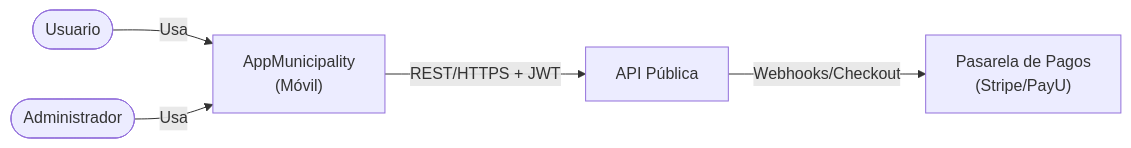
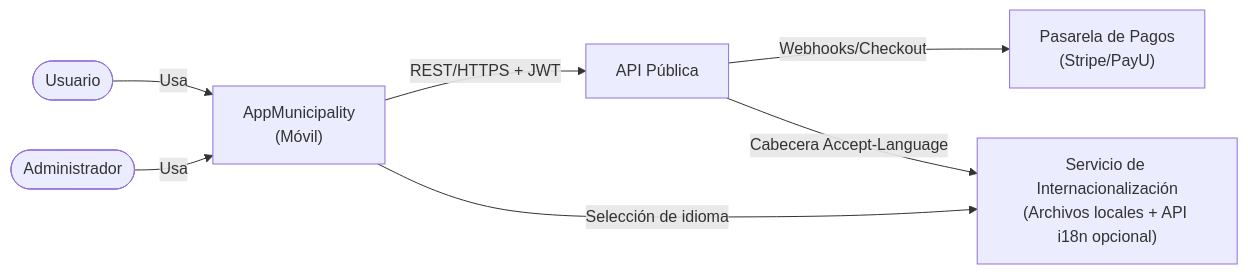
One commit to stevenhdz/htdocs changed the first of 2 diagrams in Municipality/backend/readme.md. Above: the diagram before and after it, drawn with Mermaid. The commit also changed other lines of this file, not shown here.

````diff
--- a/Municipality/backend/readme.md
+++ b/Municipality/backend/readme.md
@@ -153,17 +153,20 @@
 ```mermaid
   flowchart LR
   %% Actores
   User([Usuario])
   Admin([Administrador])
 
   %% Sistemas
   Mobile["AppMunicipality\n(Móvil)"]
   API["API Pública"]
   Payments["Pasarela de Pagos\n(Stripe/PayU)"]
+  I18N["Servicio de Internacionalización\n(Archivos locales + API i18n opcional)"]
 
   %% Relaciones
   User -->|Usa| Mobile
   Admin -->|Usa| Mobile
   Mobile -->|REST/HTTPS + JWT| API
   API -->|Webhooks/Checkout| Payments
+  Mobile -->|Selección de idioma| I18N
+  API -->|Cabecera Accept-Language| I18N
 ```
````
